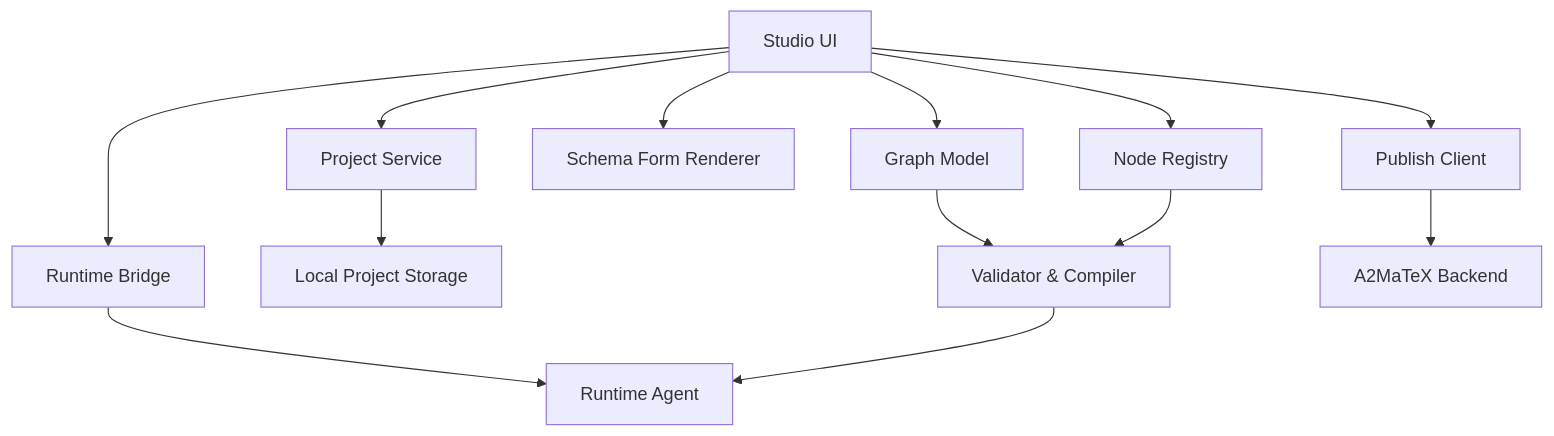
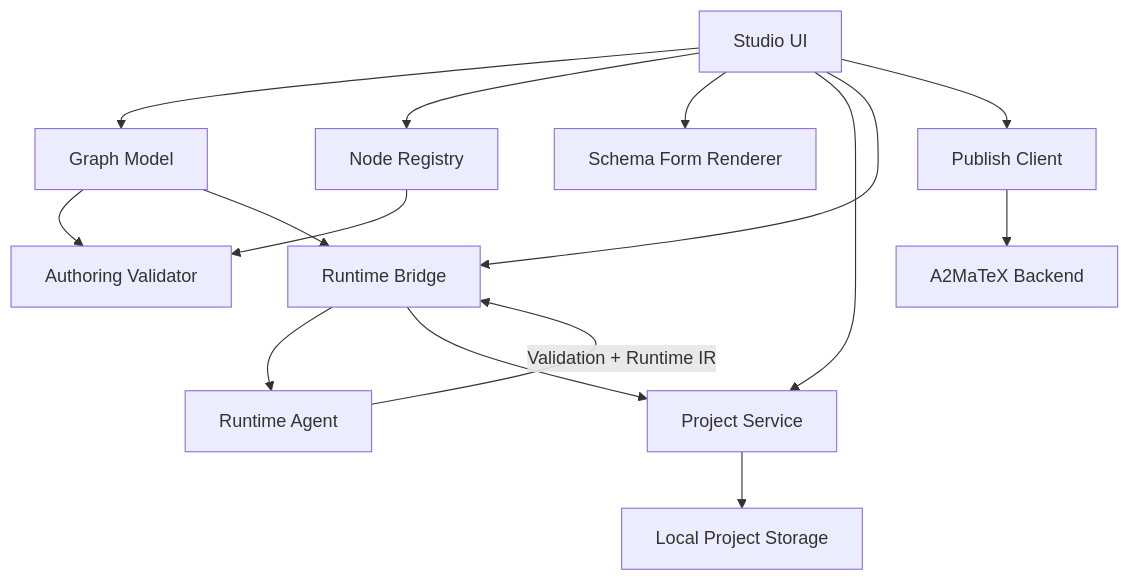
Before and after one commit to A2MaTex/a2matex-docs: the diagram in components/a2matex-studio-v2/3_architecture.md, drawn with Mermaid. The commit also changed other lines of this file and 12 other files, not shown here.

Commit message:
update studio and runtime responsibility for compiling editor graph to runtime ir

````diff
--- a/components/a2matex-studio-v2/3_architecture.md
+++ b/components/a2matex-studio-v2/3_architecture.md
@@ -4,27 +4,29 @@
 ```mermaid
 flowchart TB
     UI["Studio UI"]
     GM["Graph Model"]
     NR["Node Registry"]
     FR["Schema Form Renderer"]
-    VC["Validator & Compiler"]
+    AV["Authoring Validator"]
     PS["Project Service"]
     DB["Local Project Storage"]
     RB["Runtime Bridge"]
     RT["Runtime Agent"]
     PC["Publish Client"]
     BE["A2MaTeX Backend"]
 
     UI --> GM
     UI --> NR
     UI --> FR
-    GM --> VC
-    NR --> VC
+    GM --> AV
+    NR --> AV
     PS --> DB
     UI --> PS
     UI --> RB
     RB --> RT
-    VC --> RT
+    GM --> RB
+    RT -->|Validation + Runtime IR| RB
+    RB --> PS
     PC --> BE
     UI --> PC
 ```
````
